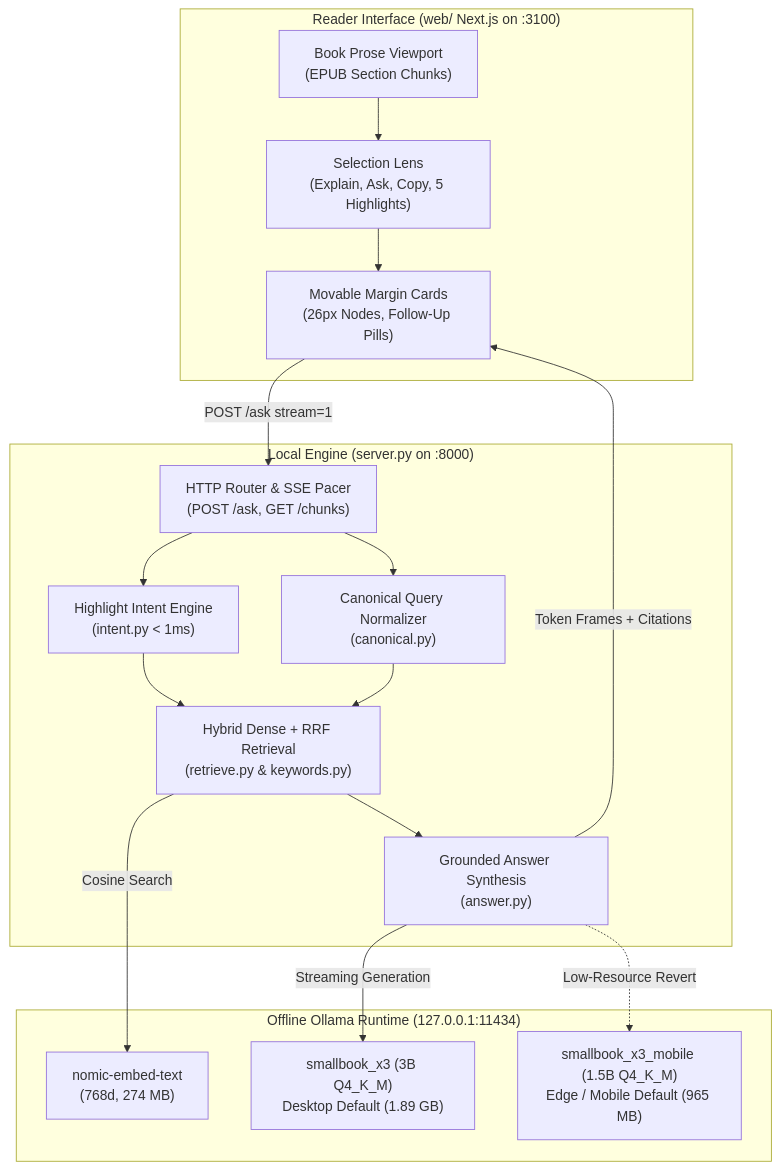
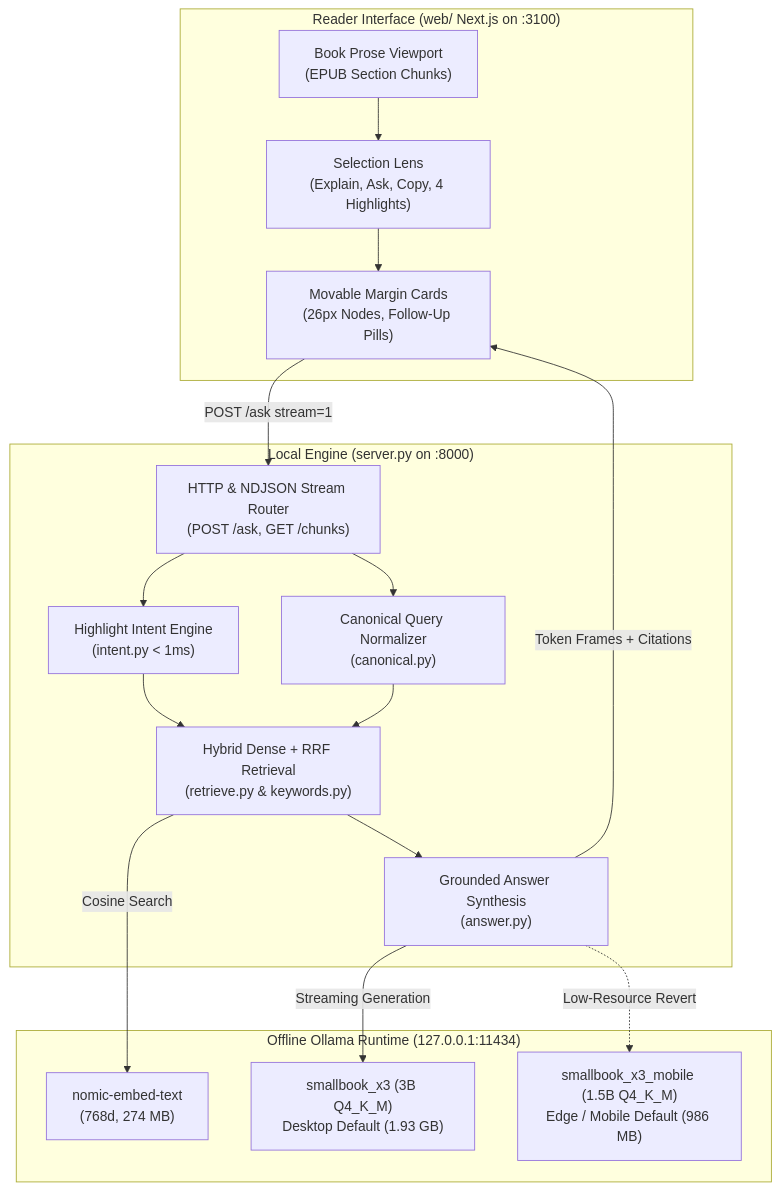
Before and after one commit to Skufu/NekoHon: the diagram in README.md, drawn with Mermaid. The commit also changed other lines of this file and 28 other files, not shown here.

````diff
--- a/README.md
+++ b/README.md
@@ -7,36 +7,36 @@
 ```mermaid
 flowchart TD
     subgraph UI["Reader Interface (web/ Next.js on :3100)"]
         Reader["Book Prose Viewport<br/>(EPUB Section Chunks)"]
-        Lens["Selection Lens<br/>(Explain, Ask, Copy, 5 Highlights)"]
+        Lens["Selection Lens<br/>(Explain, Ask, Copy, 4 Highlights)"]
         Card["Movable Margin Cards<br/>(26px Nodes, Follow-Up Pills)"]
         Reader --> Lens
         Lens --> Card
     end
 
     subgraph Engine["Local Engine (server.py on :8000)"]
-        Router["HTTP Router & SSE Pacer<br/>(POST /ask, GET /chunks)"]
+        Router["HTTP & NDJSON Stream Router<br/>(POST /ask, GET /chunks)"]
         IntentEng["Highlight Intent Engine<br/>(intent.py &lt; 1ms)"]
         Canon["Canonical Query Normalizer<br/>(canonical.py)"]
         HybridRet["Hybrid Dense + RRF Retrieval<br/>(retrieve.py & keywords.py)"]
         AnswerEng["Grounded Answer Synthesis<br/>(answer.py)"]
 
         Router --> IntentEng
         Router --> Canon
         IntentEng --> HybridRet
         Canon --> HybridRet
         HybridRet --> AnswerEng
     end
 
     subgraph LocalOllama["Offline Ollama Runtime (127.0.0.1:11434)"]
         Embedder["nomic-embed-text<br/>(768d, 274 MB)"]
-        Model3B["smallbook_x3 (3B Q4_K_M)<br/>Desktop Default (1.89 GB)"]
-        Model15B["smallbook_x3_mobile (1.5B Q4_K_M)<br/>Edge / Mobile Default (965 MB)"]
+        Model3B["smallbook_x3 (3B Q4_K_M)<br/>Desktop Default (1.93 GB)"]
+        Model15B["smallbook_x3_mobile (1.5B Q4_K_M)<br/>Edge / Mobile Default (986 MB)"]
     end
 
     Card -->|POST /ask stream=1| Router
     HybridRet -->|Cosine Search| Embedder
     AnswerEng -->|Streaming Generation| Model3B
     AnswerEng -.->|Low-Resource Revert| Model15B
     AnswerEng -->|Token Frames + Citations| Card
 ```
````
